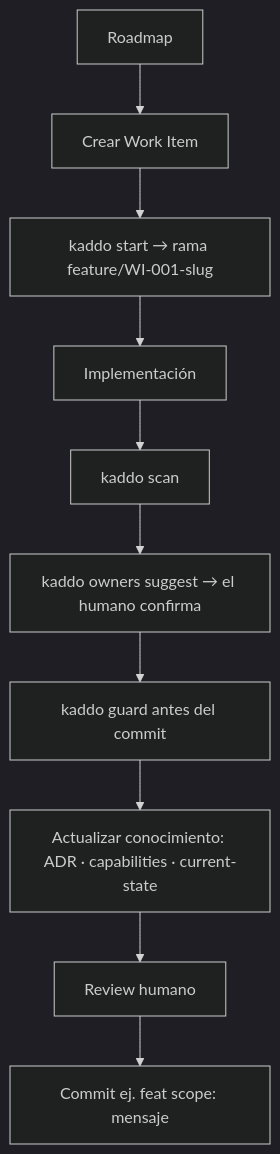
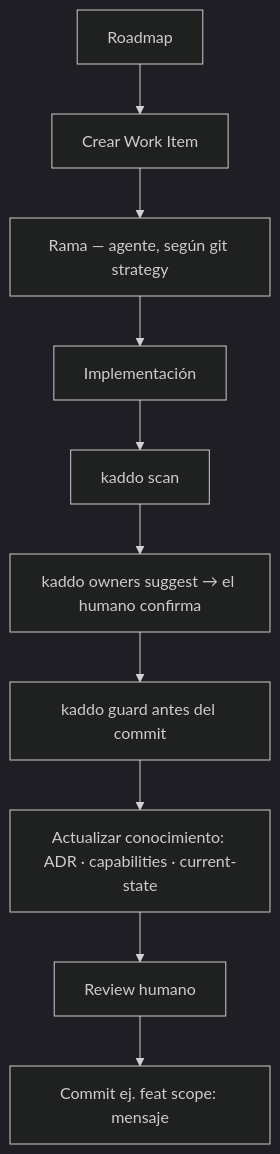
One commit to Kaddo-kdd/kaddo changed the ninth of 12 diagrams in apps/docs/src/content/docs/es/visual-guide.md. Above: the diagram before and after it, drawn with Mermaid (dark theme). The commit also changed other lines of this file and 20 other files, not shown here.

````diff
--- a/apps/docs/src/content/docs/es/visual-guide.md
+++ b/apps/docs/src/content/docs/es/visual-guide.md
@@ -233,12 +234,12 @@
 ```mermaid
 flowchart TD
     A[Roadmap] --> B[Crear Work Item]
-    B --> C[kaddo start → rama feature/WI-001-slug]
+    B --> C[Rama — agente, según git strategy]
     C --> D[Implementación]
     D --> E[kaddo scan]
     E --> F[kaddo owners suggest → el humano confirma]
     F --> G[kaddo guard antes del commit]
     G --> H[Actualizar conocimiento: ADR · capabilities · current-state]
     H --> I[Review humano]
     I --> J[Commit ej. feat scope: mensaje]
 ```
````
